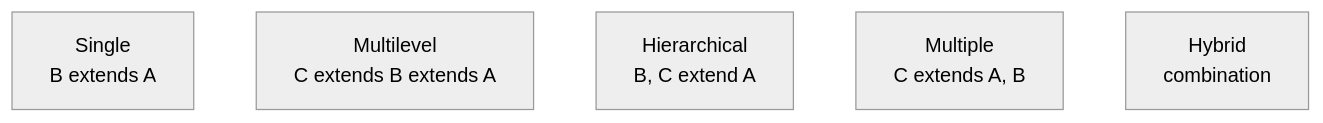
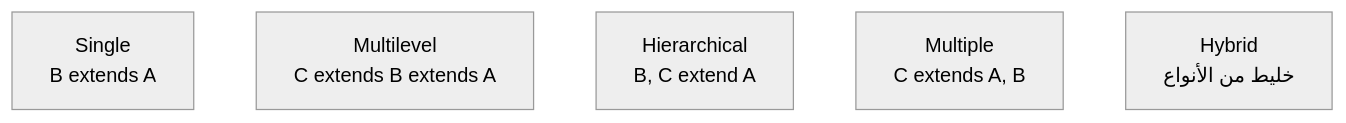
The second of 3 diagrams in interviews/01-oop.md (muhammad-khaled-tech/My-Study-Notes), drawn with Mermaid (neutral theme) before and after one commit. The commit also changed other lines of this file and 3 other files, not shown here.

````diff
--- a/interviews/01-oop.md
+++ b/interviews/01-oop.md
@@ -664,8 +1681,8 @@
 ```mermaid
 flowchart TD
-    S["Single<br/>B extends A"] 
+    S["Single<br/>B extends A"]
     M["Multilevel<br/>C extends B extends A"]
     H["Hierarchical<br/>B, C extend A"]
     MI["Multiple<br/>C extends A, B"]
-    HY["Hybrid<br/>combination"]
+    HY["Hybrid<br/>خليط من الأنواع"]
 ```
````
